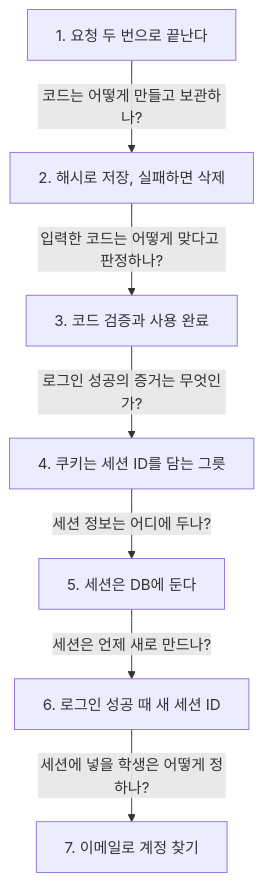
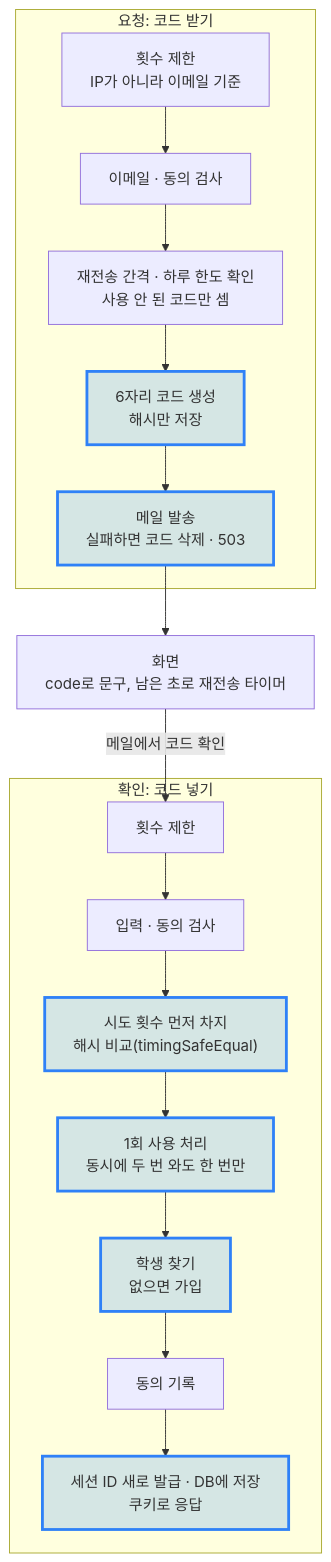
One commit to ChildrenAon/TIL changed the first of 2 diagrams in 2026/November/11-10.md. Above: the diagram before and after it, drawn with Mermaid. The commit also changed other lines of this file, not shown here.

Commit message:
[ONE Student] 이메일 로그인 [정보보안] TLS · TCP/UDP
고침: 학습 순서 흐름을 기능 전체 흐름 도식으로 바꿈

````diff
--- a/2026/November/11-10.md
+++ b/2026/November/11-10.md
@@ -25,10 +25,20 @@
 ```mermaid
 %%{init: {"flowchart": {"wrappingWidth": 600}, "themeCSS": ".edgeLabel div { display: table-cell !important; width: auto !important; max-width: none !important; white-space: nowrap !important; } .edgeLabel p { padding: 5px 12px !important; margin: 0 !important; background: #55555599; } .edgeLabel, .edgeLabel span, .edgeLabel .labelBkg { background: transparent !important; }"}}%%
 flowchart TD
-  A["1. 요청 두 번으로 끝난다"] -->|"코드는 어떻게 만들고 보관하나?"| B["2. 해시로 저장, 실패하면 삭제"]
-  B -->|"입력한 코드는 어떻게 맞다고 판정하나?"| C["3. 코드 검증과 사용 완료"]
-  C -->|"로그인 성공의 증거는 무엇인가?"| D["4. 쿠키는 세션 ID를 담는 그릇"]
-  D -->|"세션 정보는 어디에 두나?"| E["5. 세션은 DB에 둔다"]
-  E -->|"세션은 언제 새로 만드나?"| F["6. 로그인 성공 때 새 세션 ID"]
-  F -->|"세션에 넣을 학생은 어떻게 정하나?"| G["7. 이메일로 계정 찾기"]
+  subgraph REQ["요청: 코드 받기"]
+    R1["횟수 제한<br/>IP가 아니라 이메일 기준"] --> R2["이메일 · 동의 검사"]
+    R2 --> R3["재전송 간격 · 하루 한도 확인<br/>사용 안 된 코드만 셈"]
+    R3 --> R4["6자리 코드 생성<br/>해시만 저장"] --> R5["메일 발송<br/>실패하면 코드 삭제 · 503"]
+  end
+  subgraph VER["확인: 코드 넣기"]
+    V1["횟수 제한"] --> V2["입력 · 동의 검사"]
+    V2 --> V3["시도 횟수 먼저 차지<br/>해시 비교(timingSafeEqual)"]
+    V3 --> V4["1회 사용 처리<br/>동시에 두 번 와도 한 번만"]
+    V4 --> V5["학생 찾기<br/>없으면 가입"] --> V6["동의 기록"]
+    V6 --> V7["세션 ID 새로 발급 · DB에 저장<br/>쿠키로 응답"]
+  end
+  R5 --> UI["화면<br/>code로 문구, 남은 초로 재전송 타이머"]
+  UI -->|"메일에서 코드 확인"| V1
+  classDef seen fill:#2f81f733,stroke:#2f81f7,stroke-width:3px
+  class R4,R5,V3,V4,V5,V7 seen
 ```
````
